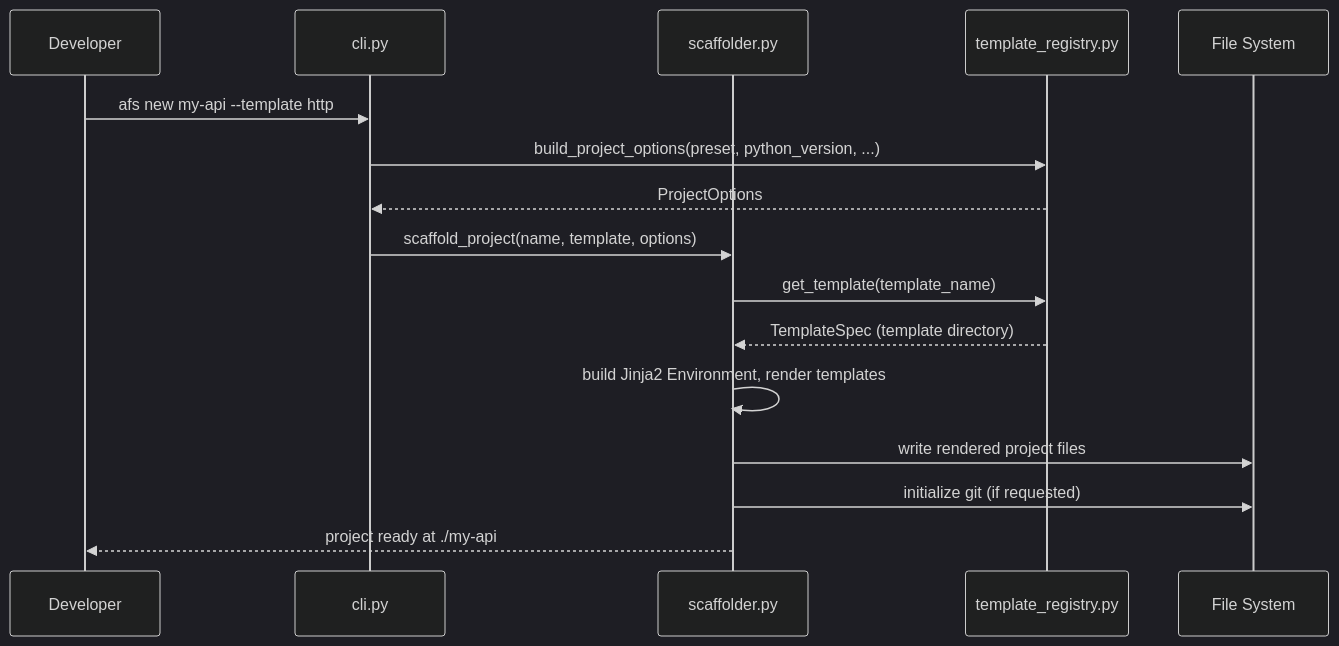
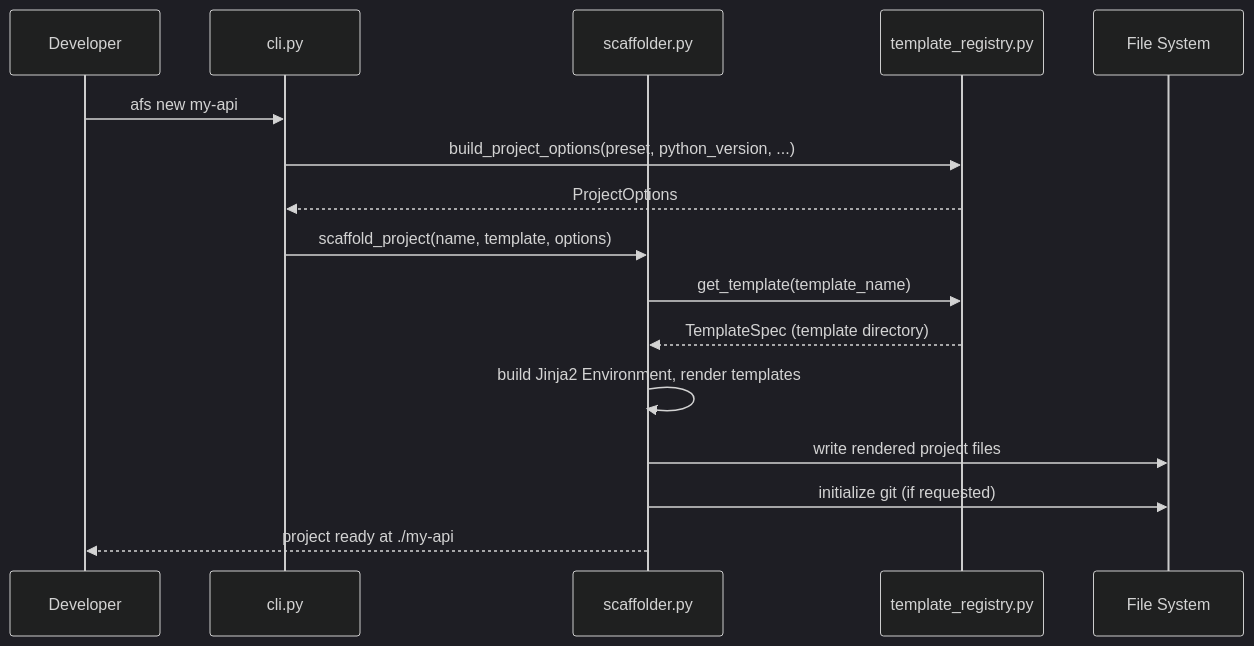
Before and after one commit to yeongseon/azure-functions-scaffold-python: the second of 4 diagrams in docs/reference/architecture.md, drawn with Mermaid (dark theme). The commit also changed 14 other files, not shown here.

First line of the commit message:
docs(cli): update stale top-level afs new examples after CLI surface change (#127)

````diff
--- a/docs/reference/architecture.md
+++ b/docs/reference/architecture.md
@@ -122,19 +122,19 @@
 ```mermaid
 sequenceDiagram
     participant Dev as Developer
     participant CLI as cli.py
     participant SC as scaffolder.py
     participant TR as template_registry.py
     participant FS as File System
 
-    Dev->>CLI: afs new my-api --template http
+    Dev->>CLI: afs new my-api
     CLI->>TR: build_project_options(preset, python_version, ...)
     TR-->>CLI: ProjectOptions
     CLI->>SC: scaffold_project(name, template, options)
     SC->>TR: get_template(template_name)
     TR-->>SC: TemplateSpec (template directory)
     SC->>SC: build Jinja2 Environment, render templates
     SC->>FS: write rendered project files
     SC->>FS: initialize git (if requested)
     SC-->>Dev: project ready at ./my-api
 ```
````
